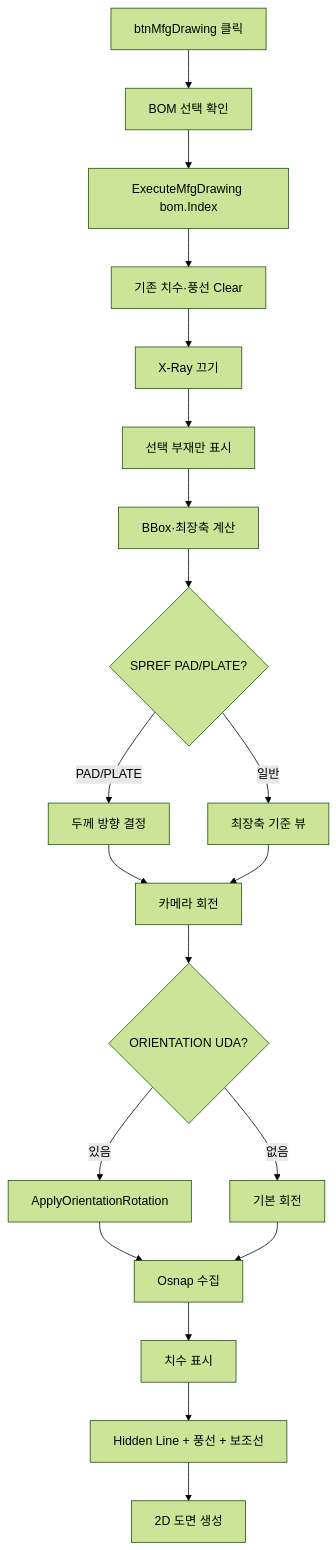
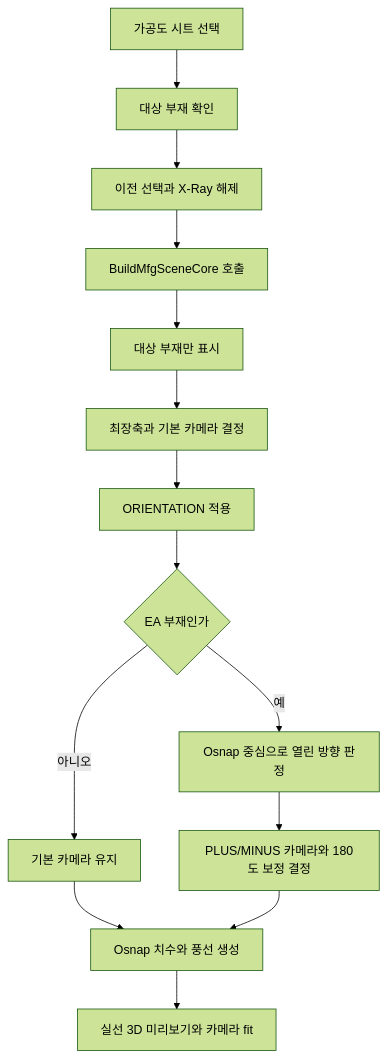
The diagram in docs/기능/가공도/가공도 단일.md (uuuuj/a2z), drawn with Mermaid (forest theme) before and after one commit. The commit also changed other lines of this file and 8 other files, not shown here.

````diff
--- a/docs/기능/가공도/가공도 단일.md
+++ b/docs/기능/가공도/가공도 단일.md
@@ -36,22 +21,16 @@
 ```mermaid
 flowchart TD
-    A[btnMfgDrawing 클릭] --> B[BOM 선택 확인]
-    B --> C[ExecuteMfgDrawing bom.Index]
-    C --> D[기존 치수·풍선 Clear]
-    D --> E[X-Ray 끄기]
-    E --> F[선택 부재만 표시]
-    F --> G[BBox·최장축 계산]
-    G --> H{SPREF PAD/PLATE?}
-    H -- PAD/PLATE --> I[두께 방향 결정]
-    H -- 일반 --> J[최장축 기준 뷰]
-    I --> K[카메라 회전]
-    J --> K
-    K --> L{ORIENTATION UDA?}
-    L -- 있음 --> M[ApplyOrientationRotation]
-    L -- 없음 --> N[기본 회전]
-    M --> O[Osnap 수집]
-    N --> O
-    O --> P[치수 표시]
-    P --> Q[Hidden Line + 풍선 + 보조선]
-    Q --> R[2D 도면 생성]
+    A["가공도 시트 선택"] --> B["대상 부재 확인"]
+    B --> C["이전 선택과 X-Ray 해제"]
+    C --> D["BuildMfgSceneCore 호출"]
+    D --> E["대상 부재만 표시"]
+    E --> F["최장축과 기본 카메라 결정"]
+    F --> G["ORIENTATION 적용"]
+    G --> H{"EA 부재인가"}
+    H -- 아니오 --> I["기본 카메라 유지"]
+    H -- 예 --> J["Osnap 중심으로 열린 방향 판정"]
+    J --> K["PLUS/MINUS 카메라와 180도 보정 결정"]
+    I --> L["Osnap 치수와 풍선 생성"]
+    K --> L
+    L --> M["실선 3D 미리보기와 카메라 fit"]
 ```
````
